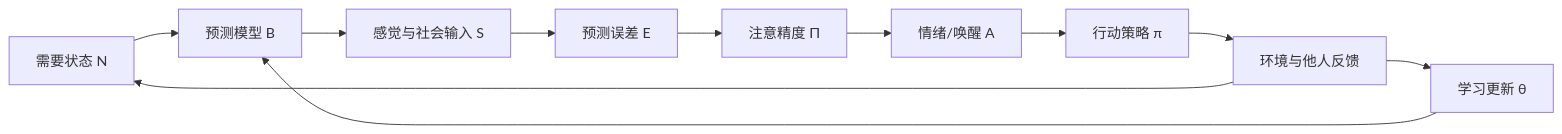
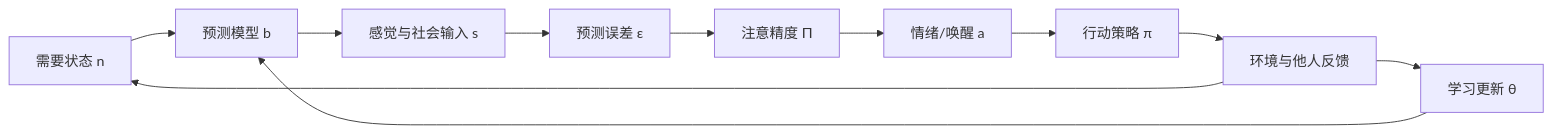
Before and after one commit to pengjizhang/pengjizhang.github.io: the diagram in psychology-unified-model.md, drawn with Mermaid. The commit also changed other lines of this file, not shown here.

````diff
--- a/psychology-unified-model.md
+++ b/psychology-unified-model.md
@@ -106,13 +119,13 @@
 ```mermaid
 flowchart LR
-    N[需要状态 N] --> B[预测模型 B]
-    B --> S[感觉与社会输入 S]
-    S --> E[预测误差 E]
+    N[需要状态 n] --> B[预测模型 b]
+    B --> S[感觉与社会输入 s]
+    S --> E[预测误差 ε]
     E --> P[注意精度 Π]
-    P --> A[情绪/唤醒 A]
+    P --> A[情绪/唤醒 a]
     A --> ACT[行动策略 π]
     ACT --> ENV[环境与他人反馈]
     ENV --> L[学习更新 θ]
     L --> B
     ENV --> N
 ```
````
